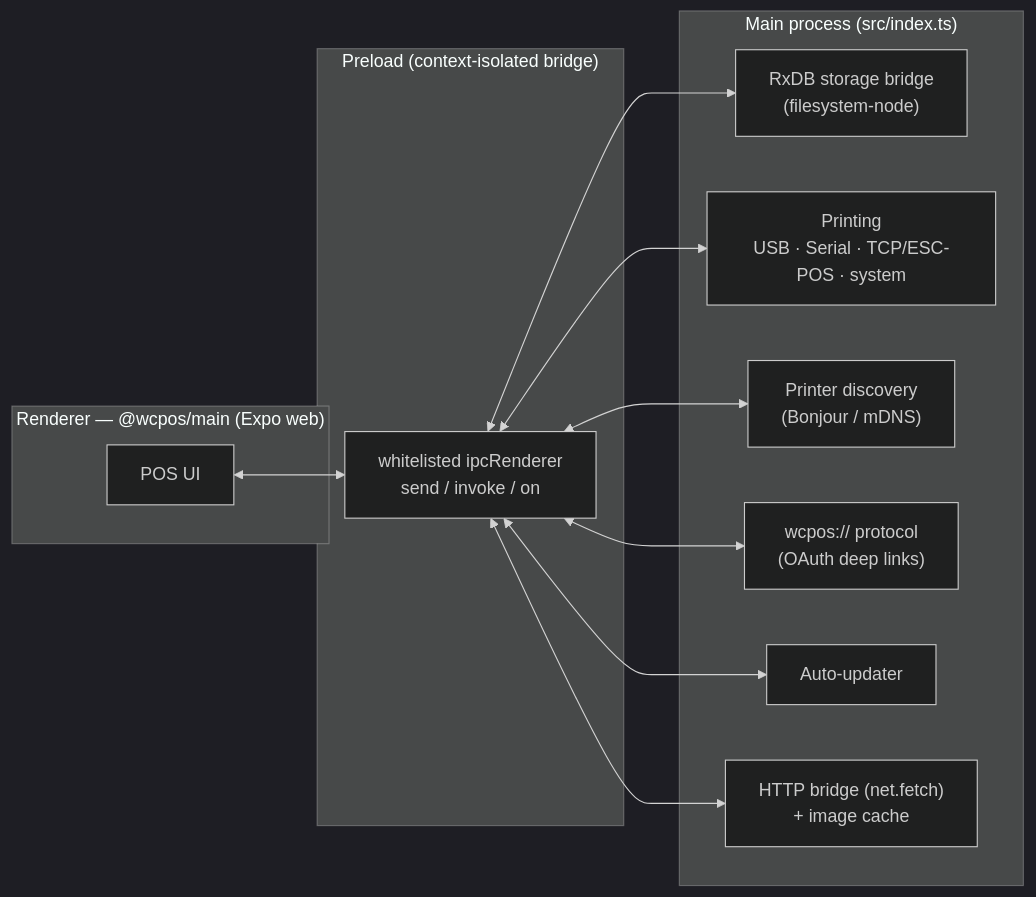
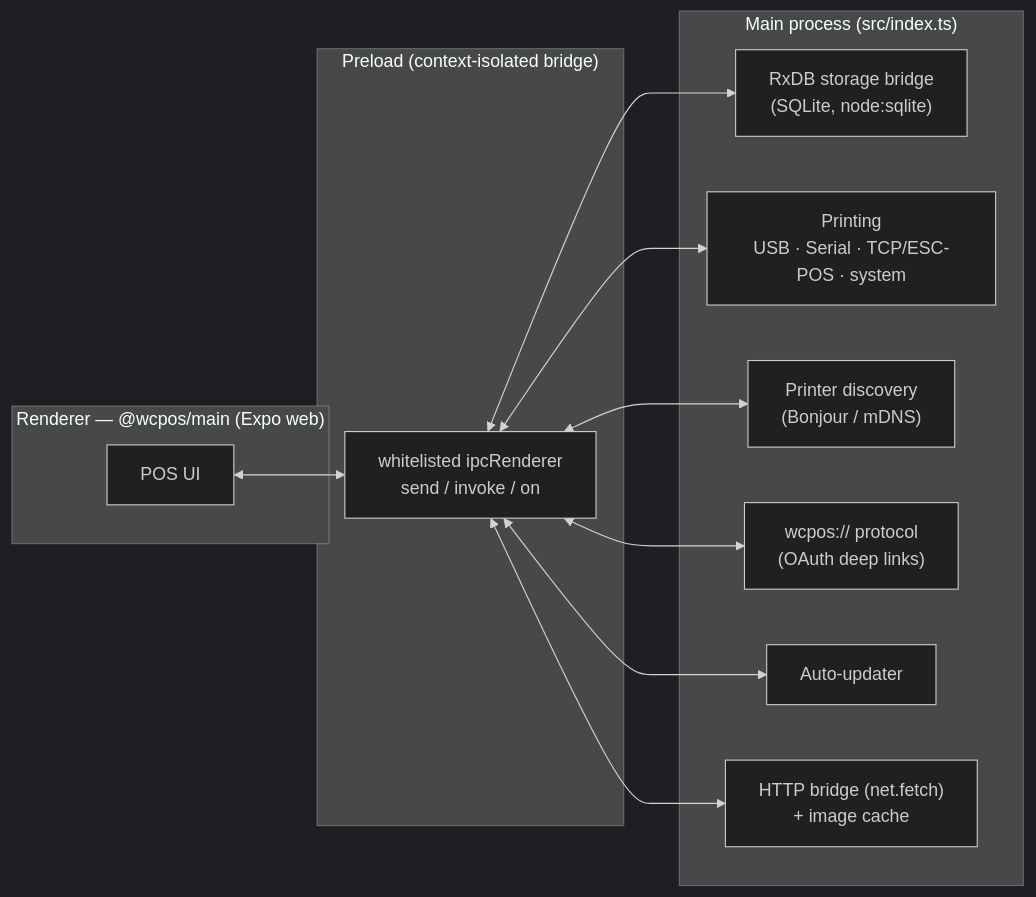
The diagram in README.md (wcpos/electron), drawn with Mermaid (dark theme) before and after one commit. The commit also changed other lines of this file, not shown here.

First line of the commit message:
docs(readme): next stores data in SQLite (node:sqlite), not filesystem-node

````diff
--- a/README.md
+++ b/README.md
@@ -51,19 +51,19 @@
 ```mermaid
 flowchart LR
     subgraph Renderer["Renderer — @wcpos/main (Expo web)"]
       UI["POS UI"]
     end
     subgraph Preload["Preload (context-isolated bridge)"]
       IPC["whitelisted ipcRenderer\nsend / invoke / on"]
     end
     subgraph Main["Main process (src/index.ts)"]
-      DB["RxDB storage bridge\n(filesystem-node)"]
+      DB["RxDB storage bridge\n(SQLite, node:sqlite)"]
       PRINT["Printing\nUSB · Serial · TCP/ESC-POS · system"]
       DISCO["Printer discovery\n(Bonjour / mDNS)"]
       PROTO["wcpos:// protocol\n(OAuth deep links)"]
       UPD["Auto-updater"]
       HTTP["HTTP bridge (net.fetch)\n+ image cache"]
     end
     UI <--> IPC
     IPC <--> DB & PRINT & DISCO & PROTO & UPD & HTTP
 ```
````
